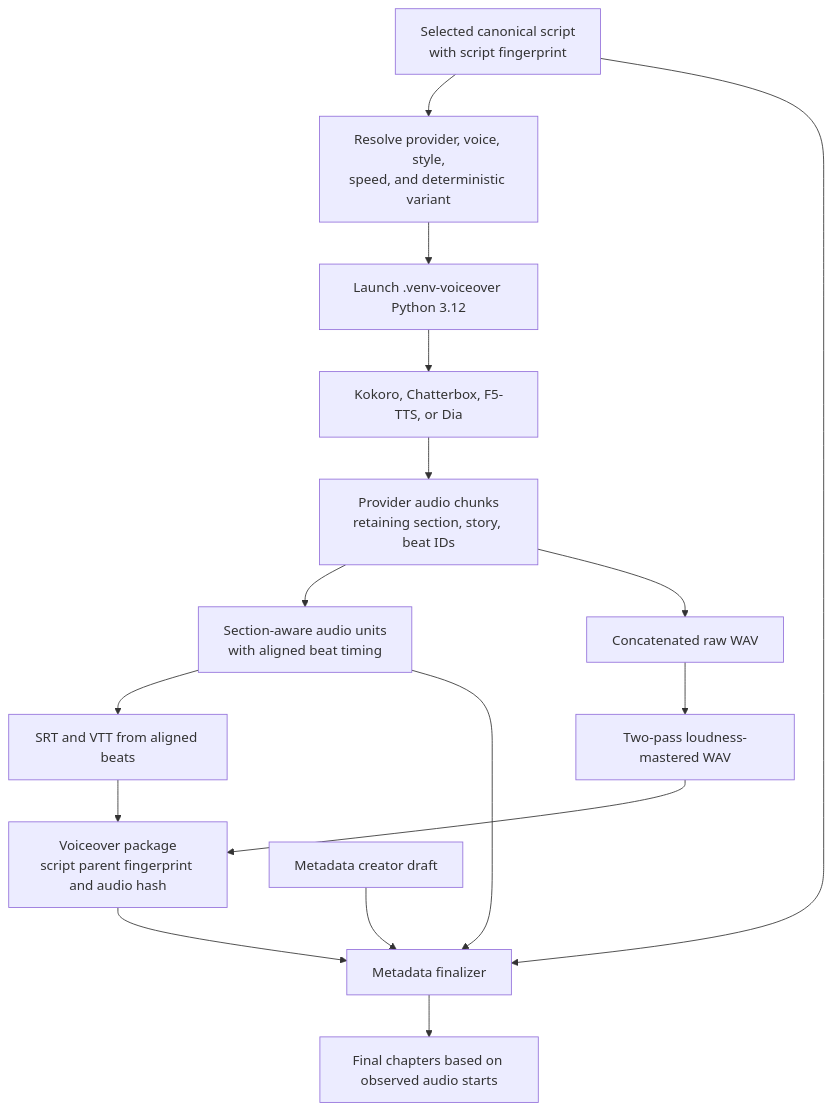
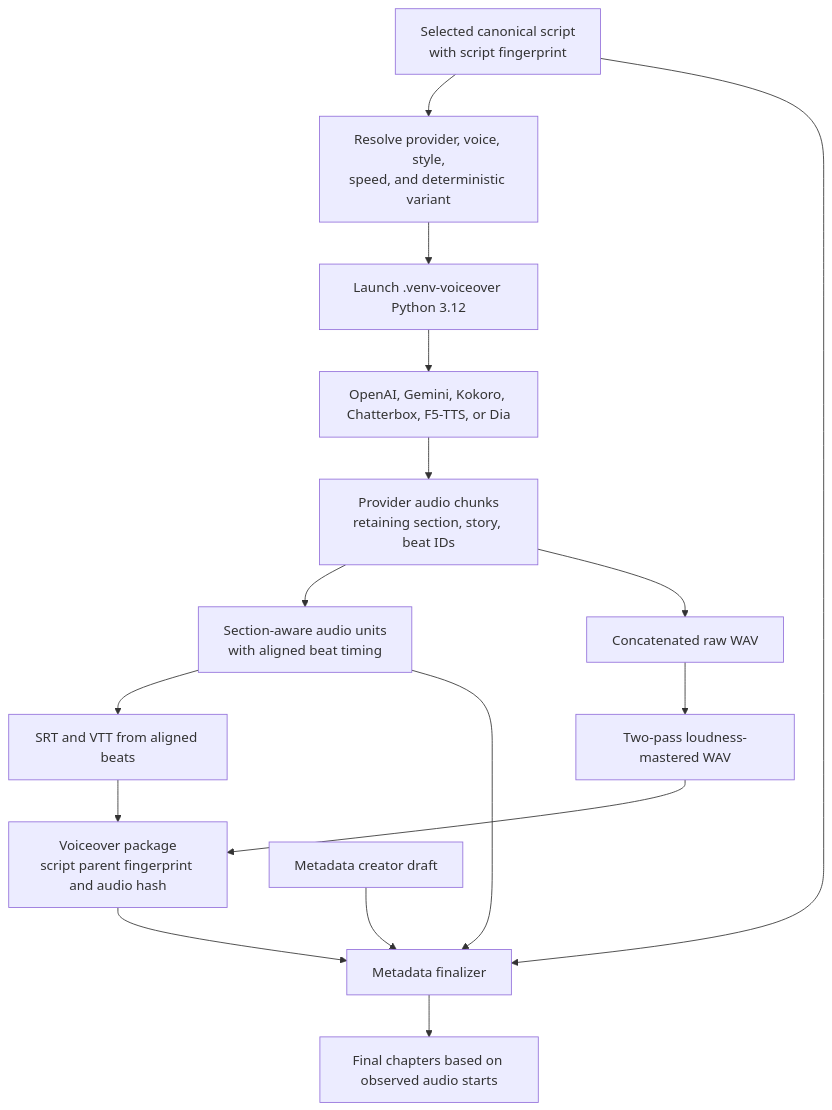
One commit to Eswar021/ai-news-pipeline changed the fifth of 7 diagrams in docs/current_system_architecture.md. Above: the diagram before and after it, drawn with Mermaid. The commit also changed other lines of this file and 68 other files, not shown here.

````diff
--- a/docs/current_system_architecture.md
+++ b/docs/current_system_architecture.md
@@ -284,25 +302,25 @@
 ```mermaid
 flowchart TD
     script[Selected canonical script<br/>with script fingerprint]
     variant[Resolve provider, voice, style,<br/>speed, and deterministic variant]
     py312[Launch .venv-voiceover Python 3.12]
-    provider[Kokoro, Chatterbox, F5-TTS, or Dia]
+    provider[OpenAI, Gemini, Kokoro, Chatterbox, F5-TTS, or Dia]
     chunks[Provider audio chunks<br/>retaining section, story, beat IDs]
     units[Section-aware audio units<br/>with aligned beat timing]
     raw[Concatenated raw WAV]
     mastered[Two-pass loudness-mastered WAV]
     captions[SRT and VTT from aligned beats]
     package[Voiceover package<br/>script parent fingerprint and audio hash]
     metadataDraft[Metadata creator draft]
     finalizer[Metadata finalizer]
     metadataFinal[Final chapters based on observed audio starts]
 
     script --> variant --> py312 --> provider --> chunks
     chunks --> units
     chunks --> raw --> mastered --> package
     units --> captions --> package
     units --> finalizer
     metadataDraft --> finalizer
     script --> finalizer
     package --> finalizer --> metadataFinal
 ```
````
